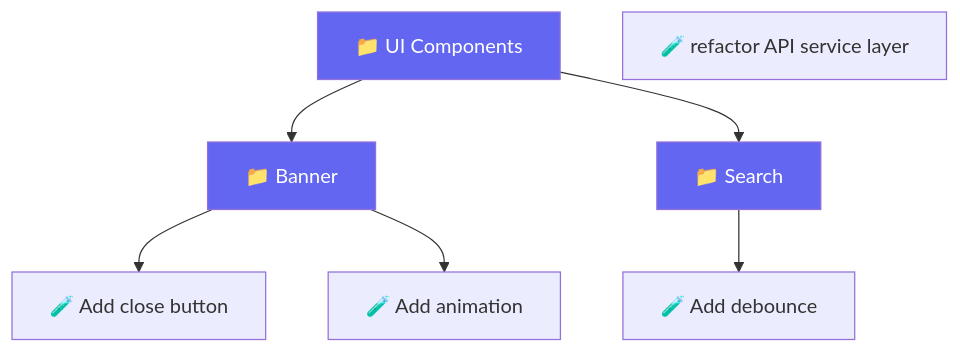
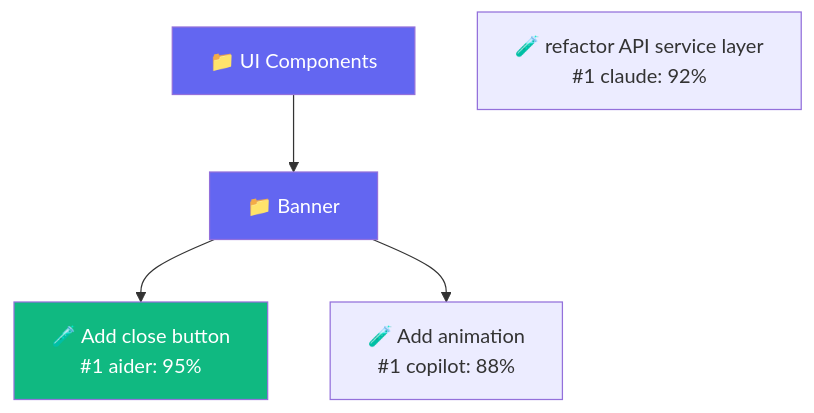
The diagram in apps/docs/guide/dashboard.md (Tlahey/agent-eval), drawn with Mermaid before and after one commit. The commit also changed other lines of this file and 4 other files, not shown here.

````diff
--- a/apps/docs/guide/dashboard.md
+++ b/apps/docs/guide/dashboard.md
@@ -51,13 +41,11 @@
 ```mermaid
 flowchart TD
     UI["📁 UI Components"] --> BANNER["📁 Banner"]
-    UI --> SEARCH["📁 Search"]
-    BANNER --> T1["🧪 Add close button"]
-    BANNER --> T2["🧪 Add animation"]
-    SEARCH --> T3["🧪 Add debounce"]
-    TOP["🧪 refactor API service layer"]
+    BANNER --> T1["🧪 Add close button<br/>#1 aider: 95%"]
+    BANNER --> T2["🧪 Add animation<br/>#1 copilot: 88%"]
+    TOP["🧪 refactor API service layer<br/>#1 claude: 92%"]
 
     style UI fill:#6366f1,color:#fff
     style BANNER fill:#6366f1,color:#fff
-    style SEARCH fill:#6366f1,color:#fff
+    style T1 fill:#10b981,color:#fff
 ```
````
